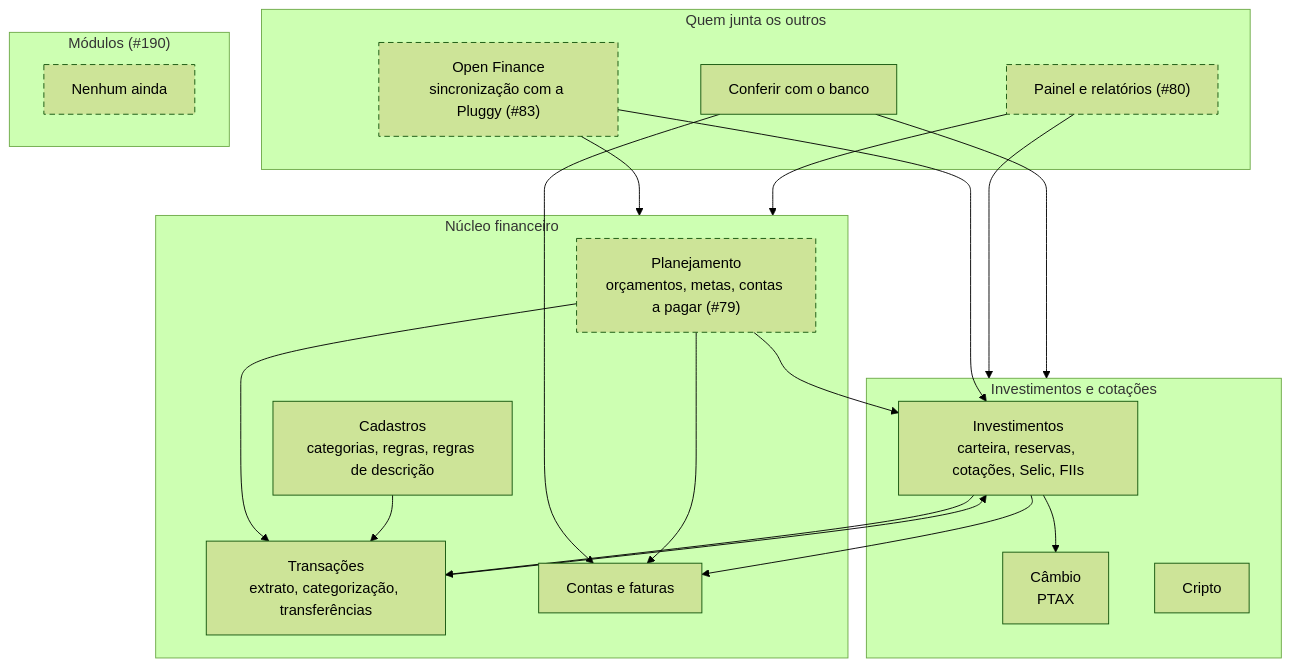
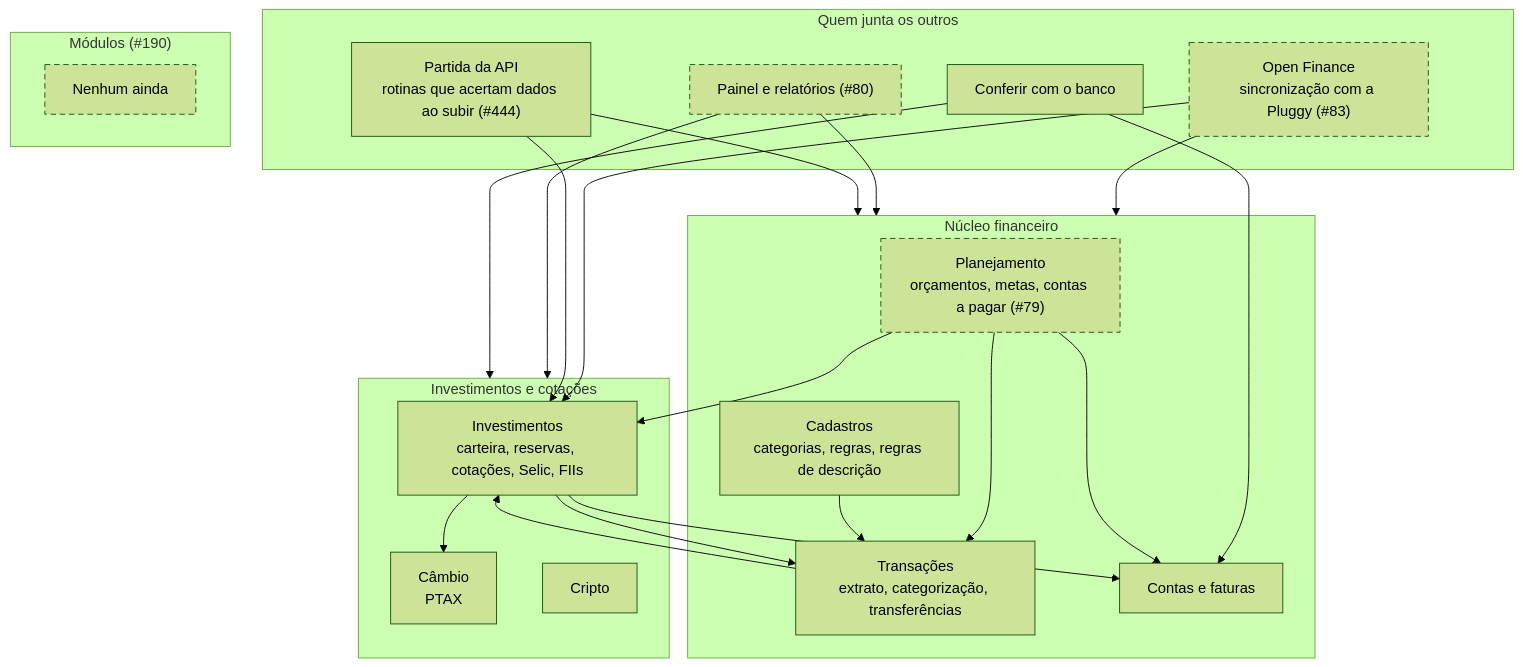
Before and after one commit to LucasDesenvGit/financas-local: the third of 6 diagrams in docs/ARQUITETURA.md, drawn with Mermaid (forest theme). The commit also changed other lines of this file and 25 other files, not shown here.

First line of the commit message:
feat(api): rotinas de partida em Go (#444)

````diff
--- a/docs/ARQUITETURA.md
+++ b/docs/ARQUITETURA.md
@@ -86,43 +86,46 @@
 ```mermaid
 flowchart TB
     subgraph juntam["Quem junta os outros"]
         openfinance["Open Finance<br/>sincronização com a Pluggy (#83)"]
         painel["Painel e relatórios (#80)"]
         conferencia["Conferir com o banco"]
+        partida["Partida da API<br/>rotinas que acertam dados ao subir (#444)"]
     end
 
     subgraph nucleo["Núcleo financeiro"]
         planejamento["Planejamento<br/>orçamentos, metas, contas a pagar (#79)"]
         cadastros["Cadastros<br/>categorias, regras, regras de descrição"]
         transacoes["Transações<br/>extrato, categorização, transferências"]
         contas["Contas e faturas"]
     end
 
     subgraph cotacoes["Investimentos e cotações"]
         investimentos["Investimentos<br/>carteira, reservas, cotações, Selic, FIIs"]
         cambio["Câmbio<br/>PTAX"]
         cripto["Cripto"]
     end
 
     subgraph modulos["Módulos (#190)"]
         nenhum["Nenhum ainda"]
     end
 
     openfinance --> nucleo
     openfinance --> investimentos
     painel --> nucleo
     painel --> cotacoes
     conferencia --> contas
     conferencia --> cotacoes
+    partida --> nucleo
+    partida --> investimentos
     planejamento --> transacoes
     planejamento --> contas
     planejamento --> investimentos
     cadastros --> transacoes
     transacoes --> investimentos
     investimentos --> transacoes
     investimentos --> contas
     investimentos --> cambio
 
     classDef soNoDotNet stroke-dasharray: 6 4
     class openfinance,painel,planejamento,nenhum soNoDotNet
 ```
````
